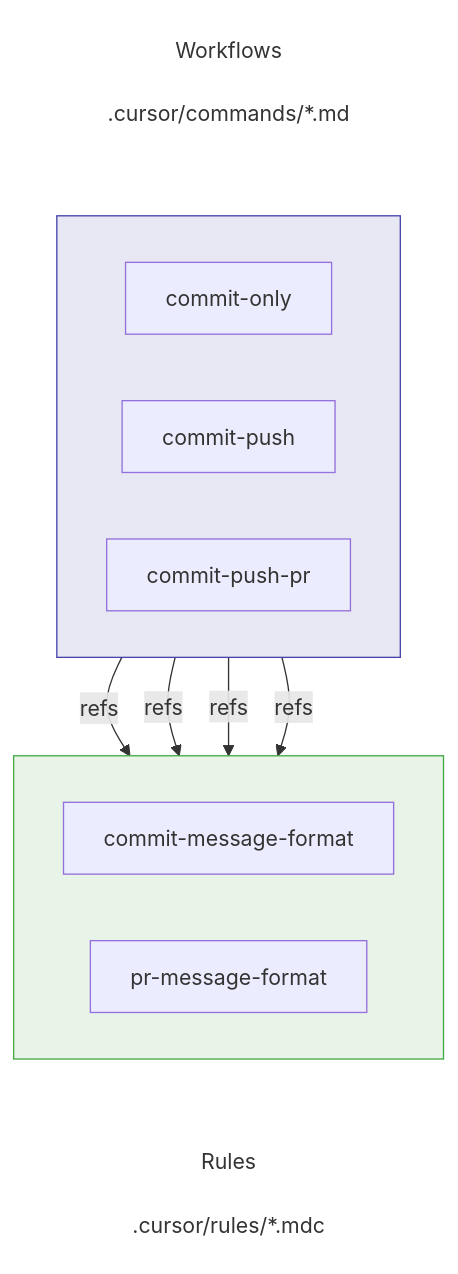
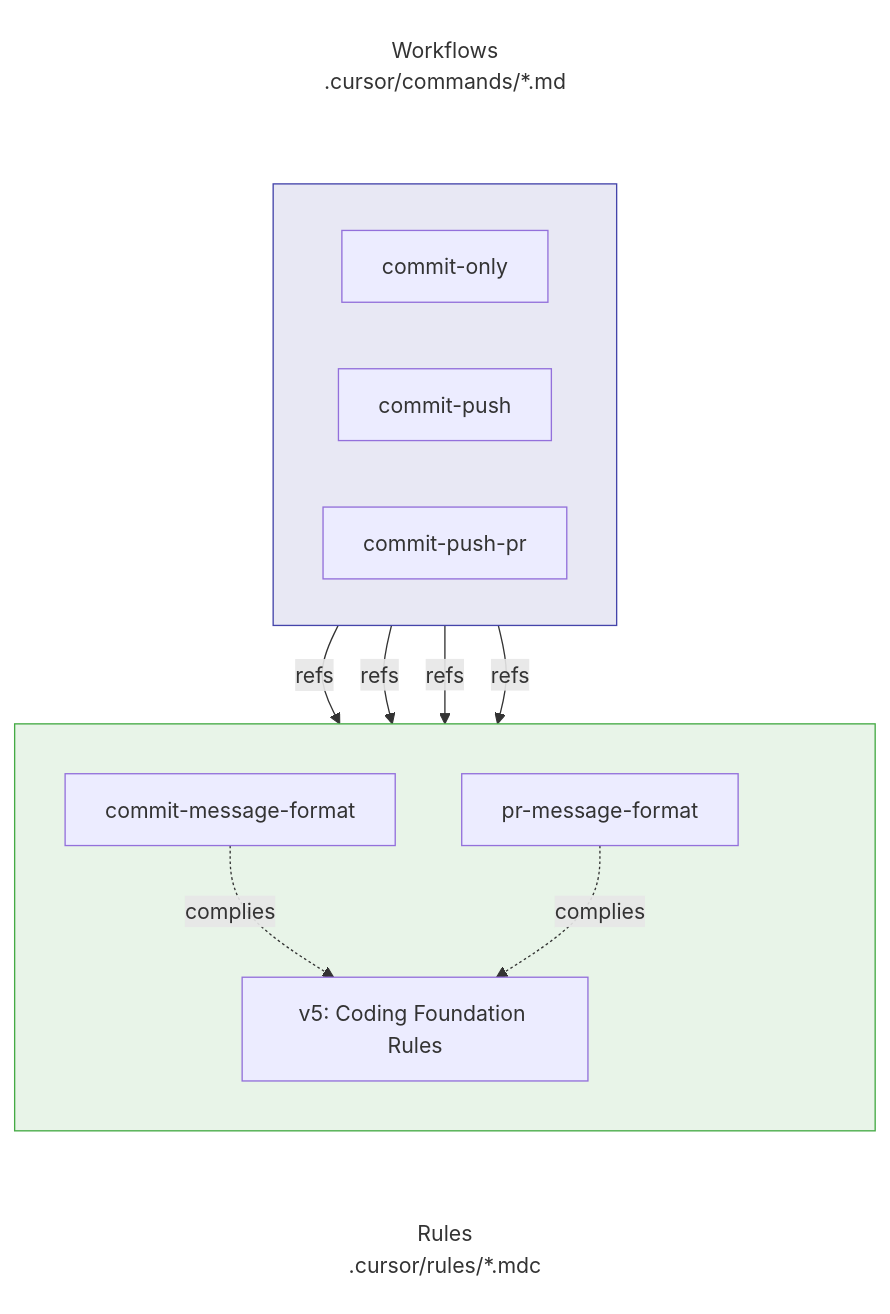
The diagram in en/doc/rules-and-workflows.md (kinopeee/cursorrules), drawn with Mermaid before and after one commit. The commit also changed 1 other file, not shown here.

Commit message:
docs: ルールとワークフローの関係図を更新
- mermaid図のラベルフォーマットを統一（改行を<br/>に変更）
- Rulesサブグラフの方向をLRからTBに変更
- V5ノード（コーディング基盤ルール）を追加
- R1/R2からV5への準拠関係を点線矢印で追加
- 矢印スタイルを-->から~~~に変更
- linkStyle設定を追加して視覚的な接続を非表示化

````diff
--- a/en/doc/rules-and-workflows.md
+++ b/en/doc/rules-and-workflows.md
@@ -88,44 +88,43 @@
 ```mermaid
 flowchart TB
-
-
-
-    WLabel["Workflows
-
-    .cursor/commands/*.md"]
+    WLabel[Workflows<br/>.cursor/commands/*.md]
     
     subgraph Workflow[" "]
         direction LR
         W1[commit-only]
         W2[commit-push]
         W3[commit-push-pr]
     end
 
     subgraph Rules[" "]
-        direction LR
+        direction TB
         R1[commit-message-format]
         R2[pr-message-format]
+        space[ ]
+        V5[v5: Coding Foundation Rules]
     end
+    
+    RLabel[Rules<br/>.cursor/rules/*.mdc]
 
-    RLabel["Rules
-
-    .cursor/rules/*.mdc"]
-
-    WLabel --- Workflow
-    Workflow --> Rules
-    Rules --- RLabel
+    WLabel ~~~ Workflow
+    Workflow ~~~ Rules
+    Rules ~~~ RLabel
 
     W1 -->|refs| R1
     W2 -->|refs| R1
     W3 -->|refs| R1
     W3 -->|refs| R2
+    
+    R1 -.->|complies| V5
+    R2 -.->|complies| V5
 
     style Workflow fill:#e8e8f4,stroke:#44a
     style Rules fill:#e8f4e8,stroke:#4a4
     style WLabel fill:none,stroke:none
     style RLabel fill:none,stroke:none
+    style space fill:none,stroke:none
     
     linkStyle 0 stroke:none
     linkStyle 1 stroke:none
     linkStyle 2 stroke:none
 ```
````
